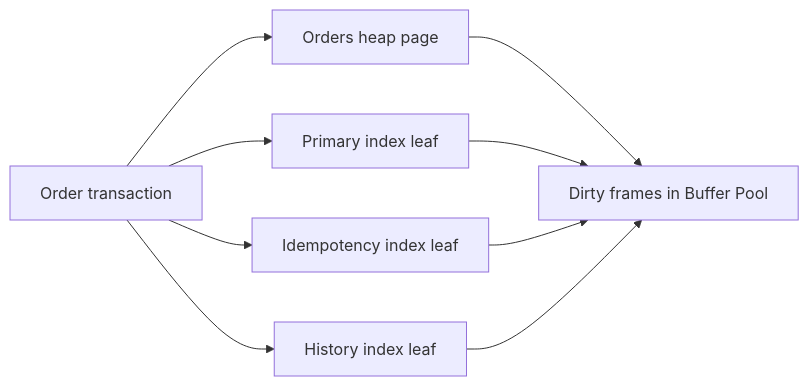
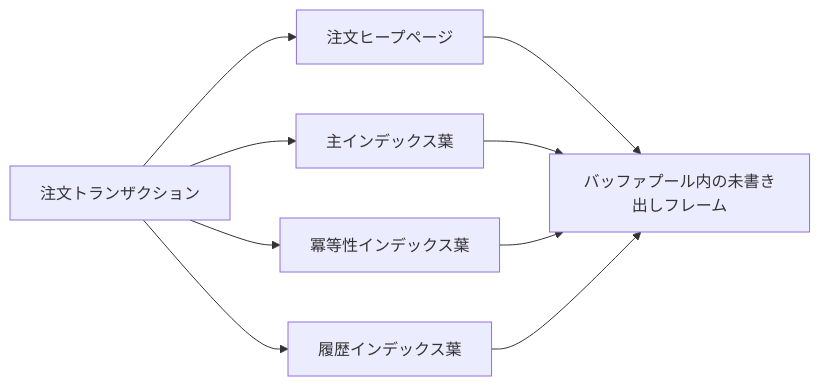
One commit to hirunebot/database-systems-book changed the third of 8 diagrams in src/content/docs/06-operations/18-capstone.md. Above: the diagram before and after it, drawn with Mermaid. The commit also changed other lines of this file and 42 other files, not shown here.

````diff
--- a/src/content/docs/06-operations/18-capstone.md
+++ b/src/content/docs/06-operations/18-capstone.md
@@ -272,11 +272,11 @@
 ```mermaid
 flowchart LR
-    Tx["Order transaction"] --> HP["Orders heap page"]
-    Tx --> PK["Primary index leaf"]
-    Tx --> IK["Idempotency index leaf"]
-    Tx --> HI["History index leaf"]
-    HP --> BP["Dirty frames in Buffer Pool"]
+    Tx["注文トランザクション"] --> HP["注文ヒープページ"]
+    Tx --> PK["主インデックス葉"]
+    Tx --> IK["冪等性インデックス葉"]
+    Tx --> HI["履歴インデックス葉"]
+    HP --> BP["バッファプール内の未書き出しフレーム"]
     PK --> BP
     IK --> BP
     HI --> BP
 ```
````
